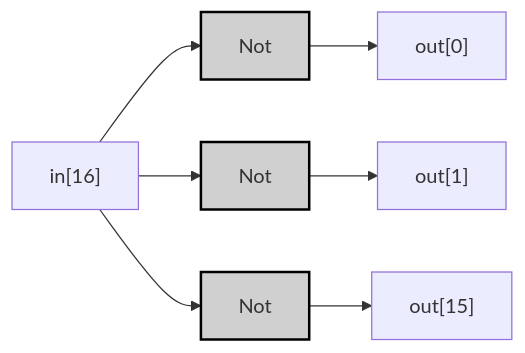
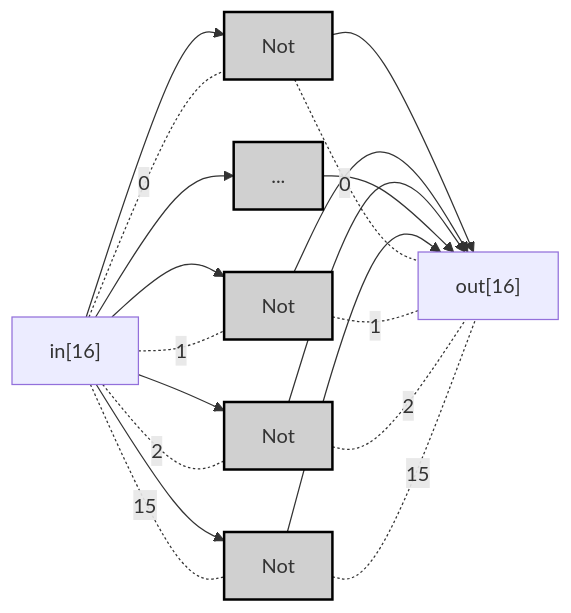
The first of 2 diagrams in 99_Projects/Nand2Tetris/HackHDL/07_Not16.md (MeJamoLeo/Vault_Templates), drawn with Mermaid before and after one commit.

Commit message:
vault backup: 2025-03-07 11:30:22

````diff
--- a/99_Projects/Nand2Tetris/HackHDL/07_Not16.md
+++ b/99_Projects/Nand2Tetris/HackHDL/07_Not16.md
@@ -64,11 +64,27 @@
 ```mermaid
-graph LR;
-    in["in[16]"] --> Not0["Not"]:::gate;
-    in --> Not1["Not"]:::gate;
-    in --> Not15["Not"]:::gate;
-    Not0 --> out0["out[0]"];
-    Not1 --> out1["out[1]"];
-    Not15 --> out15["out[15]"];
+	graph LR
+    in["in[16]"] --> Not0["Not"]:::gate
+    in --> Not1["Not"]:::gate
+    in --> Not2["Not"]:::gate
+    in --> NotDots["..."]:::gate
+    in --> Not15["Not"]:::gate
+
+    Not0 --> out["out[16]"]
+    Not1 --> out
+    Not2 --> out
+    NotDots --> out
+    Not15 --> out
+
+    %% ビット位置の明示
+    in -.-|0| Not0
+    in -.-|1| Not1
+    in -.-|2| Not2
+    in -.-|15| Not15
     
+    Not0 -.-|0| out
+    Not1 -.-|1| out
+    Not2 -.-|2| out
+    Not15 -.-|15| out
+
     classDef gate fill:#d0d0d0,stroke:#000,stroke-width:2px;
 ```
````
